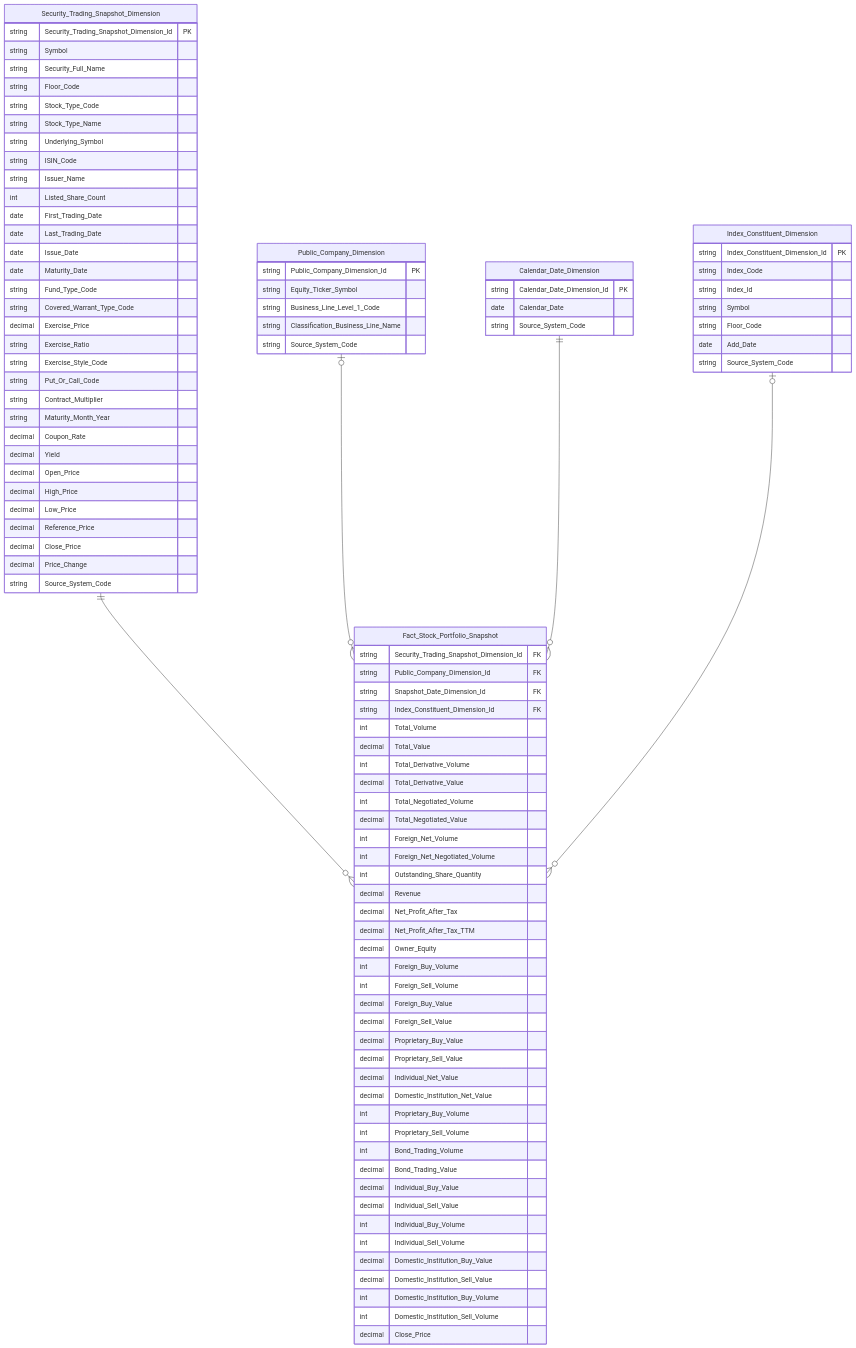
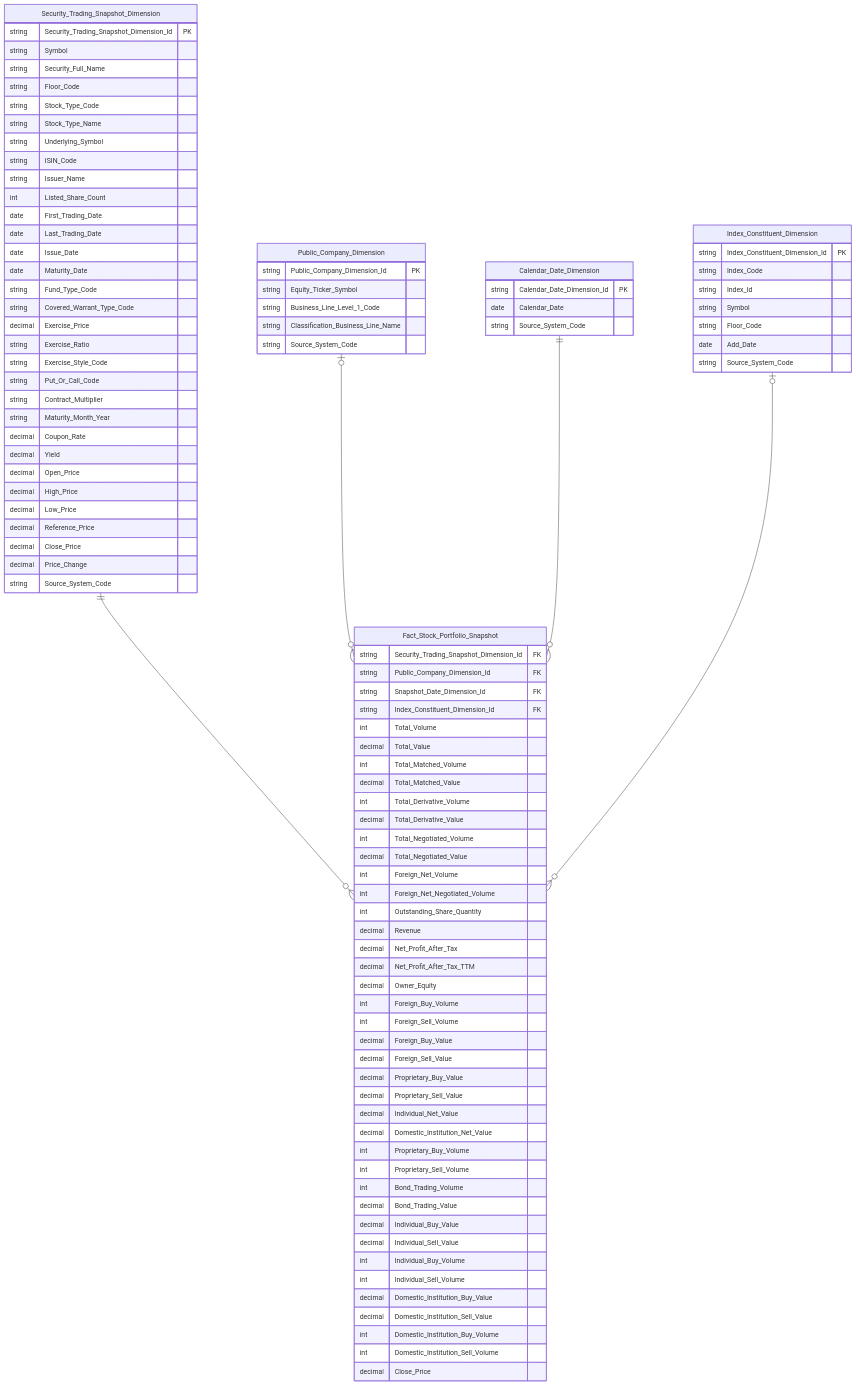
Before and after one commit to linhlvit/ubck_atomic_design: the fifth of 45 diagrams in Datamart/hld/DTM_GSTT_HLD.md, drawn with Mermaid. The commit also changed other lines of this file and 4 other files, not shown here.

```diff
--- a/Datamart/hld/DTM_GSTT_HLD.md
+++ b/Datamart/hld/DTM_GSTT_HLD.md
@@ -262,6 +263,8 @@
         string Index_Constituent_Dimension_Id FK
         int Total_Volume
         decimal Total_Value
+        int Total_Matched_Volume
+        decimal Total_Matched_Value
         int Total_Derivative_Volume
         decimal Total_Derivative_Value
         int Total_Negotiated_Volume
```
